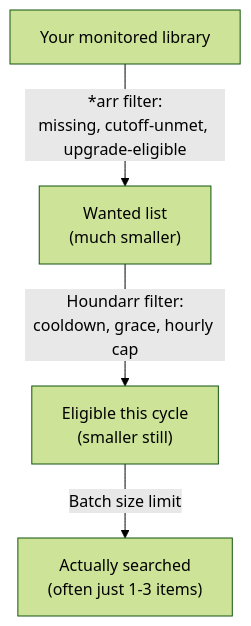
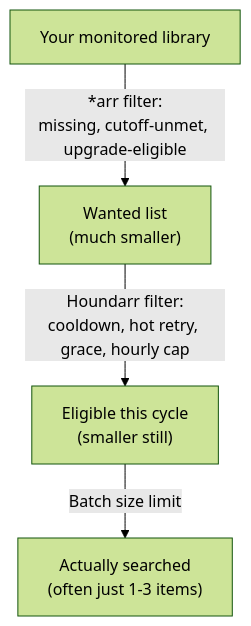
One commit to av1155/houndarr changed the second of 2 diagrams in website/docs/concepts/how-scheduling-works.md. Above: the diagram before and after it, drawn with Mermaid (forest theme). The commit also changed other lines of this file and 42 other files, not shown here.

Commit message:
feat(engine): add hot retry window

````diff
--- a/website/docs/concepts/how-scheduling-works.md
+++ b/website/docs/concepts/how-scheduling-works.md
@@ -63,10 +63,10 @@
 ```mermaid
 flowchart TD
     A["Your monitored library"]
     B["Wanted list<br/>(much smaller)"]
     C["Eligible this cycle<br/>(smaller still)"]
     D["Actually searched<br/>(often just 1-3 items)"]
     A -->|"*arr filter:<br/>missing, cutoff-unmet, upgrade-eligible"| B
-    B -->|"Houndarr filter:<br/>cooldown, grace, hourly cap"| C
+    B -->|"Houndarr filter:<br/>cooldown, hot retry, grace, hourly cap"| C
     C -->|"Batch size limit"| D
 ```
````
